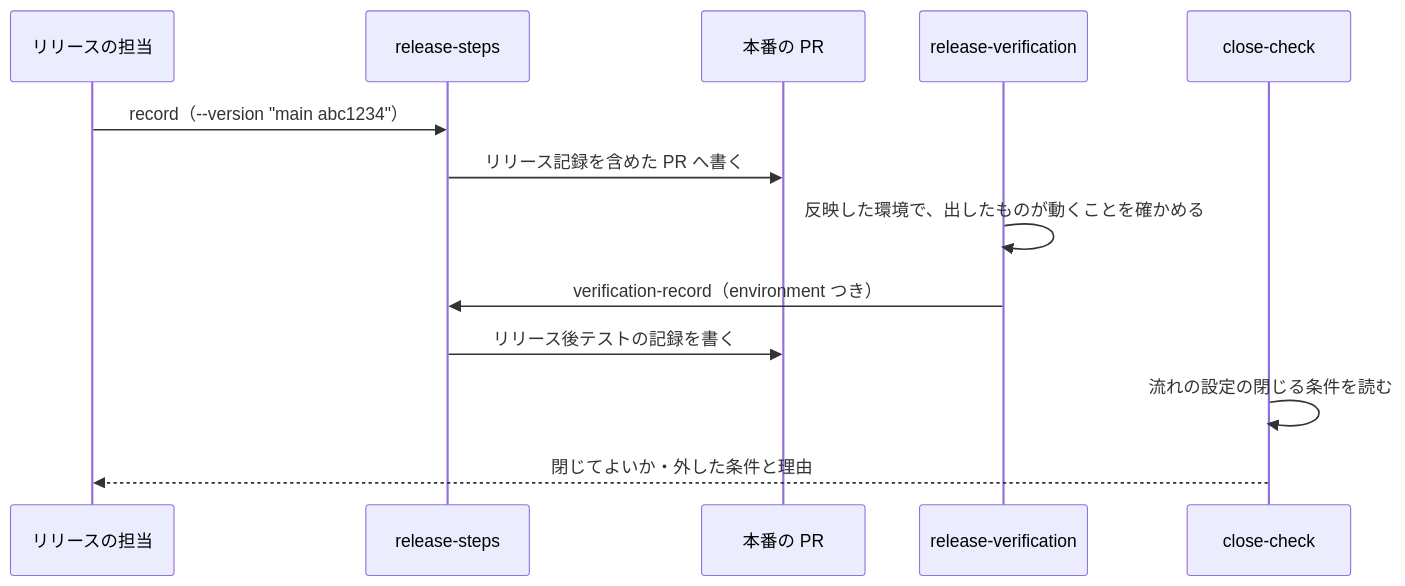
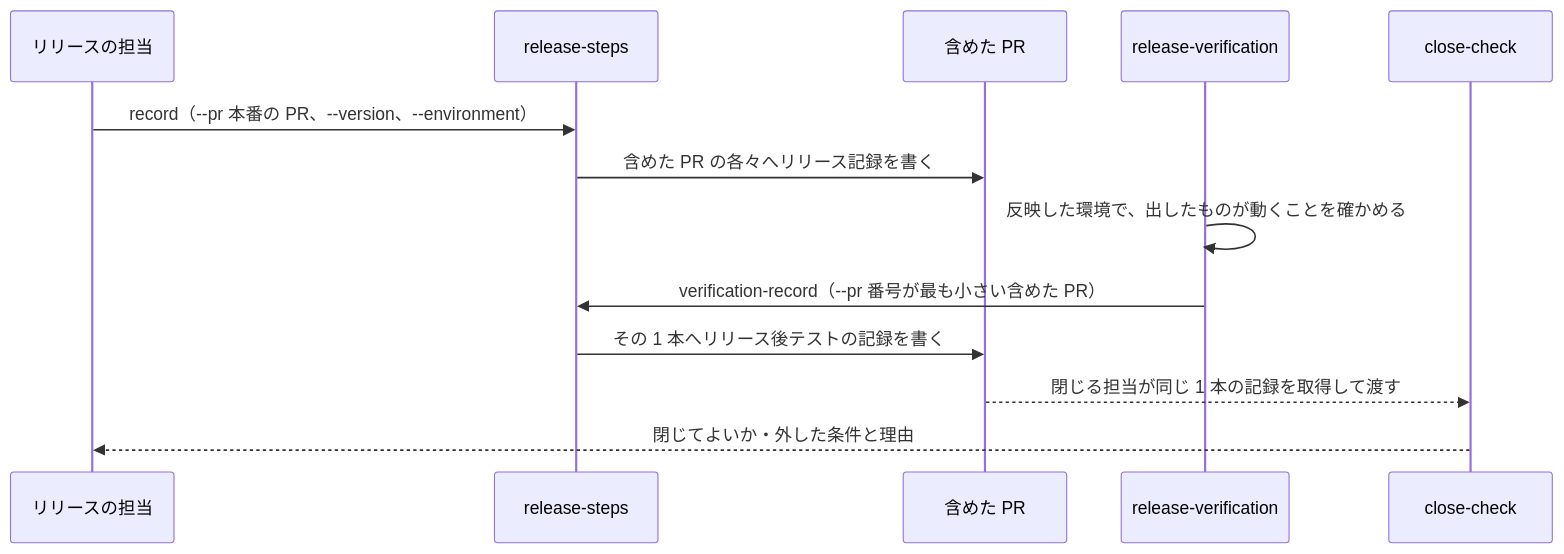
The third of 3 diagrams in issues/issue-4580-design.md (devbasex/ai-plugins), drawn with Mermaid before and after one commit. The commit also changed other lines of this file and 1 other file, not shown here.

````diff
--- a/issues/issue-4580-design.md
+++ b/issues/issue-4580-design.md
@@ -178,15 +231,15 @@
 ```mermaid
 sequenceDiagram
   participant R as リリースの担当
   participant S as release-steps
-  participant G as 本番の PR
+  participant G as 含めた PR
   participant V as release-verification
   participant C as close-check
-  R->>S: record（--version "main abc1234"）
-  S->>G: リリース記録を含めた PR へ書く
+  R->>S: record（--pr 本番の PR、--version、--environment）
+  S->>G: 含めた PR の各々へリリース記録を書く
   V->>V: 反映した環境で、出したものが動くことを確かめる
-  V->>S: verification-record（environment つき）
-  S->>G: リリース後テストの記録を書く
-  C->>C: 流れの設定の閉じる条件を読む
+  V->>S: verification-record（--pr 番号が最も小さい含めた PR）
+  S->>G: その 1 本へリリース後テストの記録を書く
+  G-->>C: 閉じる担当が同じ 1 本の記録を取得して渡す
   C-->>R: 閉じてよいか・外した条件と理由
 ```
````
